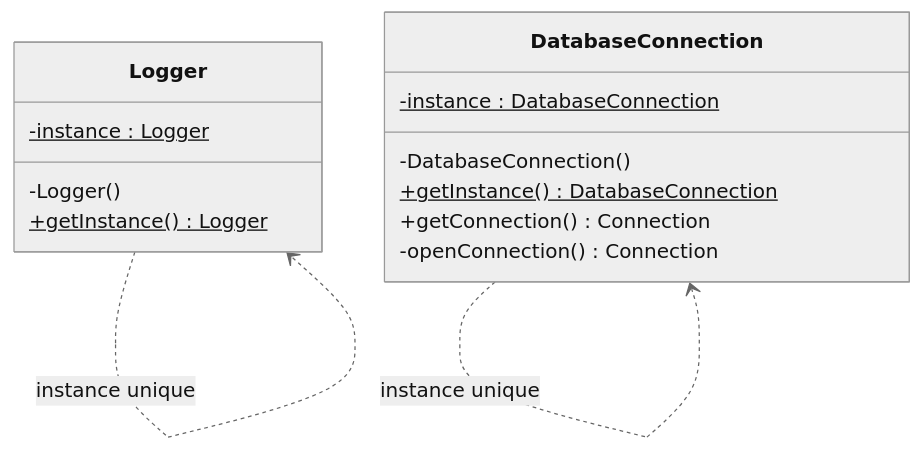
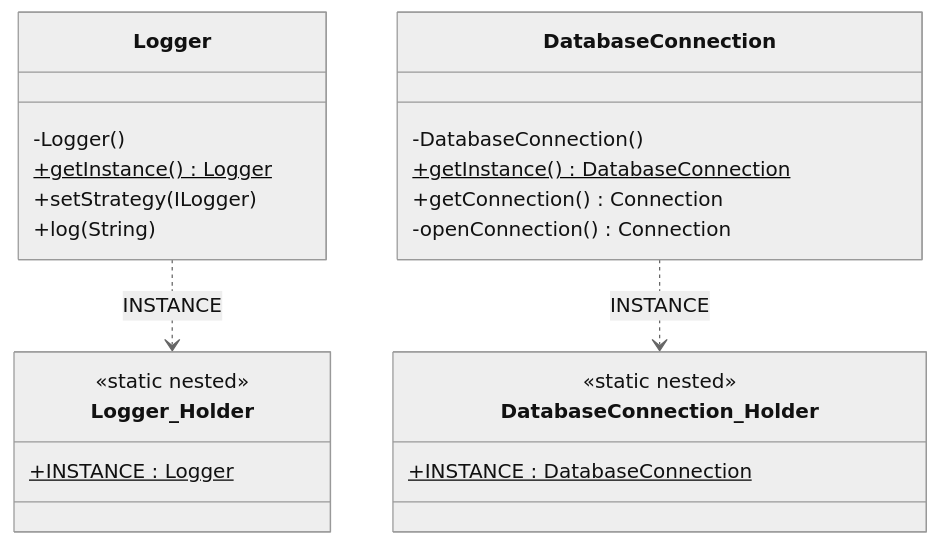
Before and after one commit to yosrtaktak/DesignDraw: the sixth of 13 diagrams in DOCUMENTATION.md, drawn with Mermaid (neutral theme). The commit also changed other lines of this file and 18 other files, not shown here.

First line of the commit message:
refactor: holder-idiom singletons, proper Observer wiring, class diagram

````diff
--- a/DOCUMENTATION.md
+++ b/DOCUMENTATION.md
@@ -350,17 +442,25 @@
 ```mermaid
 classDiagram
     class Logger {
-        -instance : Logger$
         -Logger()
         +getInstance() Logger$
+        +setStrategy(ILogger)
+        +log(String)
+    }
+    class Logger_Holder {
+        <<static nested>>
+        +INSTANCE : Logger$
     }
     class DatabaseConnection {
-        -instance : DatabaseConnection$
         -DatabaseConnection()
         +getInstance() DatabaseConnection$
         +getConnection() Connection
         -openConnection() Connection
     }
-    Logger ..> Logger : instance unique
-    DatabaseConnection ..> DatabaseConnection : instance unique
+    class DatabaseConnection_Holder {
+        <<static nested>>
+        +INSTANCE : DatabaseConnection$
+    }
+    Logger ..> Logger_Holder : INSTANCE
+    DatabaseConnection ..> DatabaseConnection_Holder : INSTANCE
 ```
````
